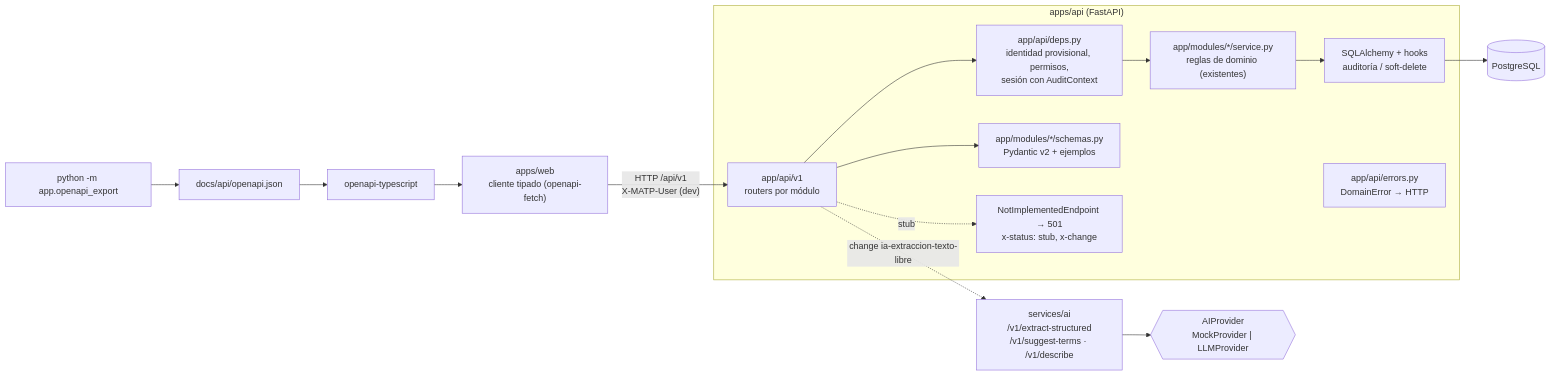
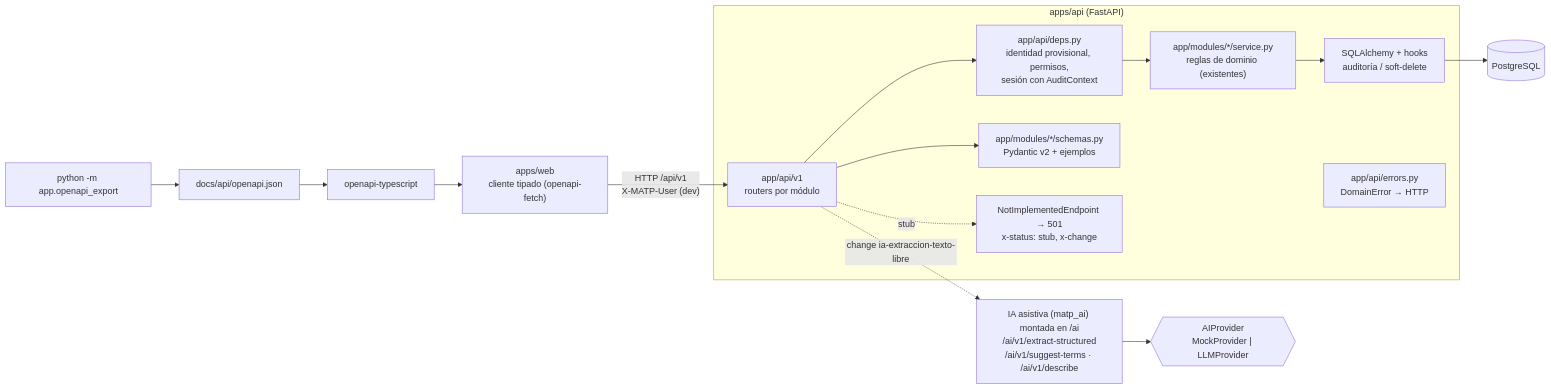
Before and after one commit to AndreAsenjo18/MATP-PUCP: the diagram in openspec/changes/contratos-api-borrador/design.md, drawn with Mermaid. The commit also changed other lines of this file and 53 other files, not shown here.

````diff
--- a/openspec/changes/contratos-api-borrador/design.md
+++ b/openspec/changes/contratos-api-borrador/design.md
@@ -27,17 +27,17 @@
 ```mermaid
 flowchart LR
     Web["apps/web<br/>cliente tipado (openapi-fetch)"] -->|"HTTP /api/v1<br/>X-MATP-User (dev)"| Router
     subgraph API["apps/api (FastAPI)"]
         Router["app/api/v1<br/>routers por módulo"] --> Deps["app/api/deps.py<br/>identidad provisional, permisos,<br/>sesión con AuditContext"]
         Router --> Schemas["app/modules/*/schemas.py<br/>Pydantic v2 + ejemplos"]
         Deps --> Services["app/modules/*/service.py<br/>reglas de dominio (existentes)"]
         Services --> ORM["SQLAlchemy + hooks<br/>auditoría / soft-delete"]
         Router -. stub .-> Stub["NotImplementedEndpoint → 501<br/>x-status: stub, x-change"]
         Errors["app/api/errors.py<br/>DomainError → HTTP"]
     end
     ORM --> DB[(PostgreSQL)]
     Export["python -m app.openapi_export"] --> Spec["docs/api/openapi.json"]
     Spec --> Gen["openapi-typescript"] --> Web
-    Router -. "change ia-extraccion-texto-libre" .-> AI["services/ai<br/>/v1/extract-structured<br/>/v1/suggest-terms · /v1/describe"]
+    Router -. "change ia-extraccion-texto-libre" .-> AI["IA asistiva (matp_ai) montada en /ai<br/>/ai/v1/extract-structured<br/>/ai/v1/suggest-terms · /ai/v1/describe"]
     AI --> Provider{{"AIProvider<br/>MockProvider | LLMProvider"}}
 ```
````
